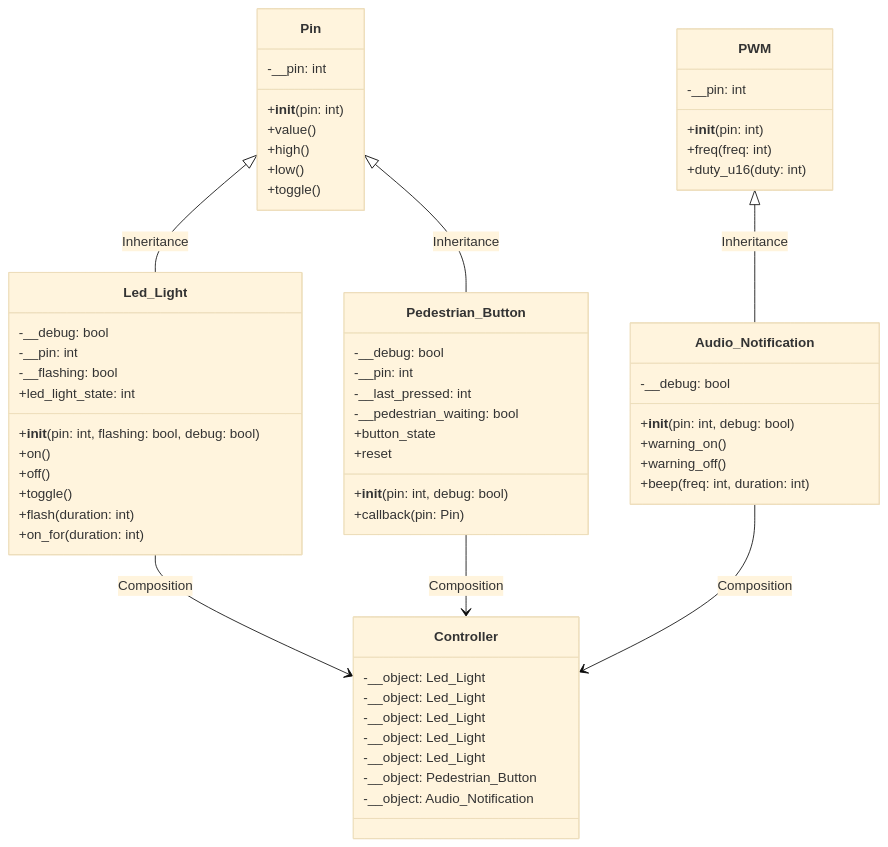
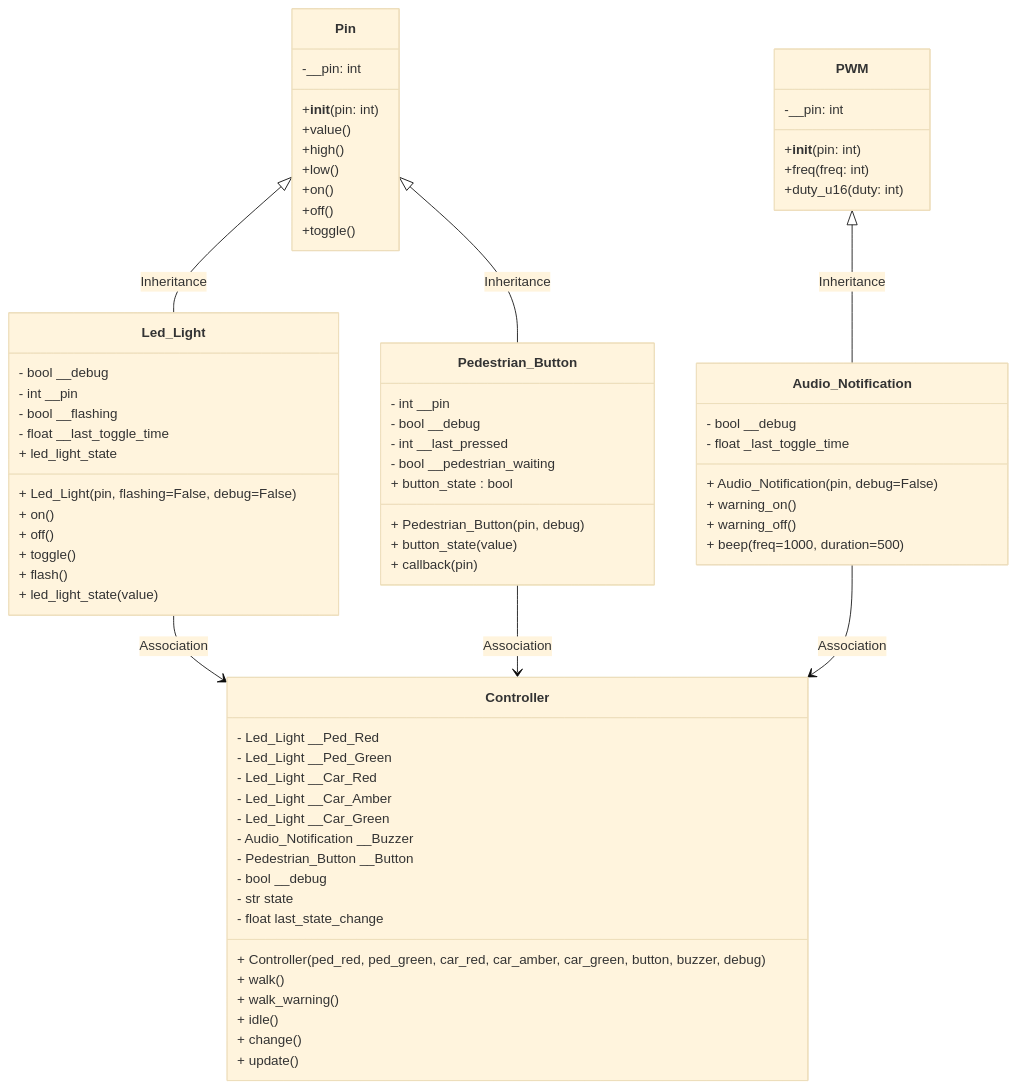
One commit to TempeHS/MicroPython_OOP_Pi_Pico_Mini_Project_Source changed the diagram in README.md. Above: the diagram before and after it, drawn with Mermaid (base theme). The commit also changed 5 other files, not shown here.

Commit message:
improve UML

````diff
--- a/README.md
+++ b/README.md
@@ -96,68 +96,81 @@
 ```mermaid
 classDiagram
     class Pin {
         -__pin: int
         +__init__(pin: int)
         +value()
         +high()
         +low()
+        +on()
+        +off()
         +toggle()
     }
 
     class PWM {
         -__pin: int
         +__init__(pin: int)
         +freq(freq: int)
         +duty_u16(duty: int)
     }
 
     class Audio_Notification {
-        -__debug: bool
-        +__init__(pin: int, debug: bool)
-        +warning_on()
-        +warning_off()
-        +beep(freq: int, duration: int)
+        - bool __debug
+        - float _last_toggle_time
+        + Audio_Notification(pin, debug=False)
+        + warning_on()
+        + warning_off()
+        + beep(freq=1000, duration=500)
     }
     PWM <|-- Audio_Notification : Inheritance
 
     class Led_Light {
-        -__debug: bool
-        -__pin: int
-        -__flashing: bool
-        +__init__(pin: int, flashing: bool, debug: bool)
-        +on()
-        +off()
-        +toggle()
-        +flash(duration: int)
-        +on_for(duration: int)
-        +led_light_state: int
+        - bool __debug
+        - int __pin
+        - bool __flashing
+        - float __last_toggle_time
+        + Led_Light(pin, flashing=False, debug=False)
+        + on()
+        + off()
+        + toggle()
+        + flash()
+        + led_light_state
+        + led_light_state(value)
     }
     Pin <|-- Led_Light : Inheritance
 
     class Pedestrian_Button {
-        -__debug: bool
-        -__pin: int
-        -__last_pressed: int
-        -__pedestrian_waiting: bool
-        +__init__(pin: int, debug: bool)
-        +callback(pin: Pin)
-        +button_state
-        +reset
+        - int __pin
+        - bool __debug
+        - int __last_pressed
+        - bool __pedestrian_waiting
+        + Pedestrian_Button(pin, debug)
+        + button_state : bool
+        + button_state(value)
+        + callback(pin)
     }
     Pin <|-- Pedestrian_Button : Inheritance
 
     class Controller {
-        -__object: Led_Light
-        -__object: Led_Light
-        -__object: Led_Light
-        -__object: Led_Light
-        -__object: Led_Light
-        -__object: Pedestrian_Button
-        -__object: Audio_Notification
+        - Led_Light __Ped_Red
+        - Led_Light __Ped_Green
+        - Led_Light __Car_Red
+        - Led_Light __Car_Amber
+        - Led_Light __Car_Green
+        - Audio_Notification __Buzzer
+        - Pedestrian_Button __Button
+        - bool __debug
+        - str state
+        - float last_state_change
+        + Controller(ped_red, ped_green, car_red, car_amber, car_green, button, buzzer, debug)
+        + walk()
+        + walk_warning()
+        + idle()
+        + change()
+        + update()
     }
 
-    Led_Light --> Controller : Composition
-    Audio_Notification --> Controller : Composition
-    Pedestrian_Button --> Controller : Composition
+    Led_Light --> Controller : Association
+    Audio_Notification --> Controller : Association
+    Pedestrian_Button --> Controller : Association
 
 ```
````
